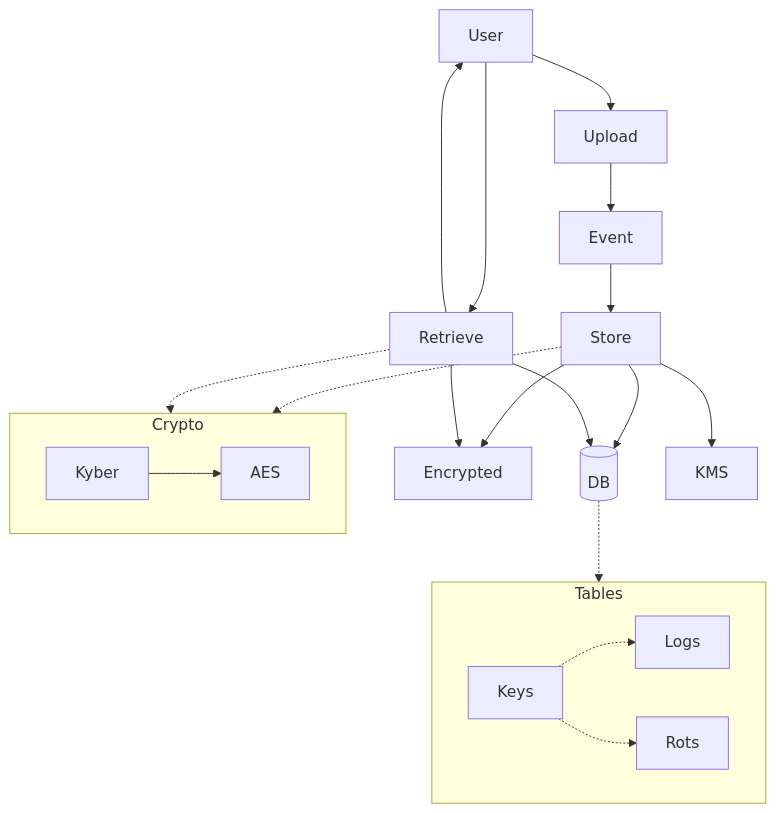
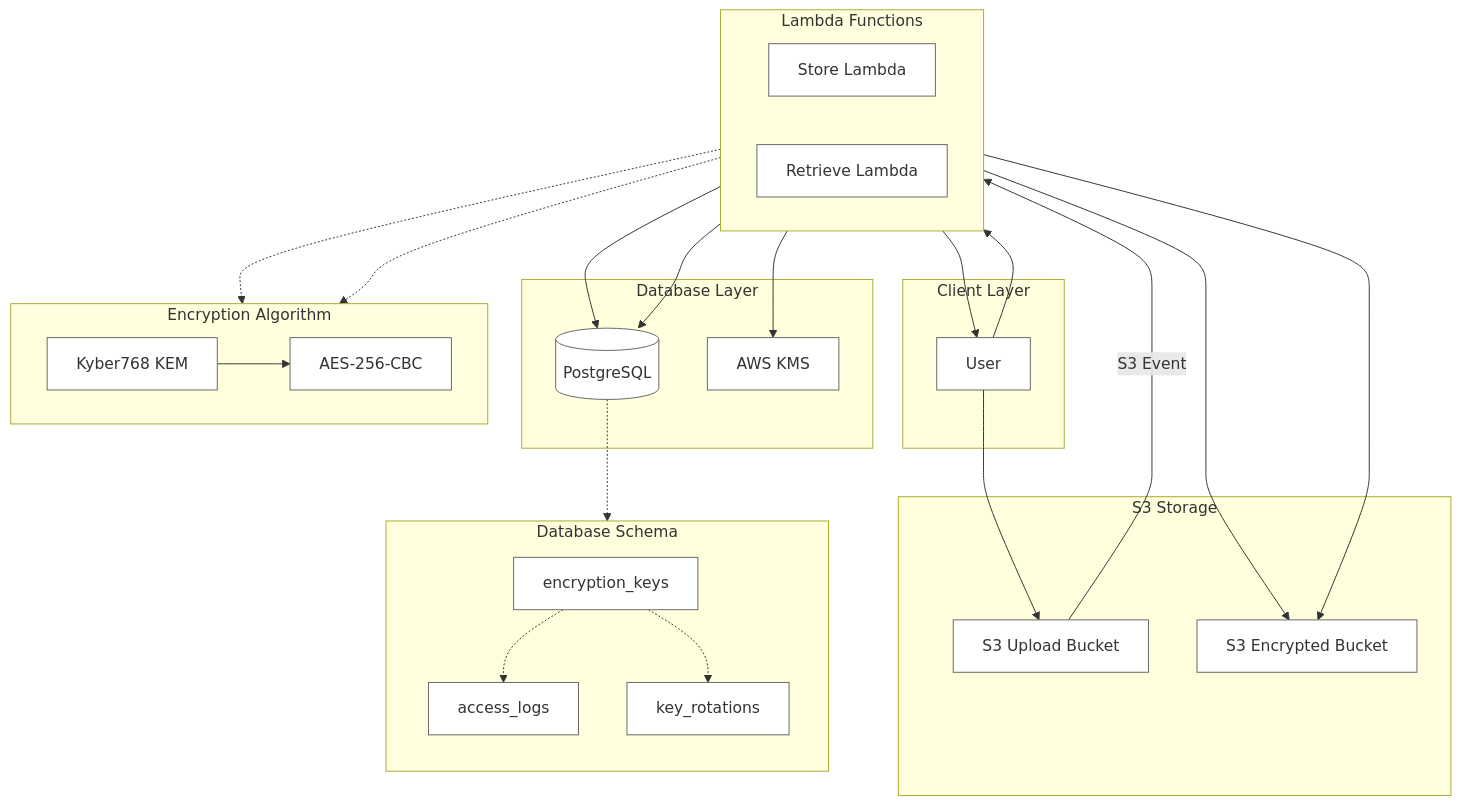
The diagram in README.md (m1rl0k/pqfile), drawn with Mermaid before and after one commit.

````diff
--- a/README.md
+++ b/README.md
@@ -17,41 +17,67 @@
 ```mermaid
-graph TB
-    User[User]
-    Upload[Upload]
-    Encrypted[Encrypted]
-    Store[Store]
-    Retrieve[Retrieve]
-    DB[(DB)]
-    KMS[KMS]
-    Event[Event]
-
-    User --> Upload
-    User --> Retrieve
-    Upload --> Event
-    Event --> Store
-    Store --> DB
-    Store --> KMS
-    Store --> Encrypted
-    Retrieve --> DB
-    Retrieve --> Encrypted
-    Retrieve --> User
-
-    subgraph Crypto [Crypto]
-        Kyber[Kyber]
-        AES[AES]
-        Kyber --> AES
+flowchart TB
+    subgraph Client["Client Layer"]
+        User[User]
     end
 
-    Store -.-> Crypto
-    Retrieve -.-> Crypto
-
-    subgraph Tables [Tables]
-        Keys[Keys]
-        Logs[Logs]
-        Rots[Rots]
-        Keys -.-> Logs
-        Keys -.-> Rots
+    subgraph Storage["S3 Storage"]
+        S3Upload[S3 Upload Bucket]
+        S3Encrypted[S3 Encrypted Bucket]
     end
 
-    DB -.-> Tables
+    subgraph Processing["Lambda Functions"]
+        direction LR
+        StoreLambda[Store Lambda]
+        RetrieveLambda[Retrieve Lambda]
+    end
+
+    subgraph Database["Database Layer"]
+        PostgreSQL[(PostgreSQL)]
+        KMS[AWS KMS]
+    end
+
+    subgraph Algorithm["Encryption Algorithm"]
+        direction LR
+        Kyber[Kyber768 KEM]
+        AES[AES-256-CBC]
+    end
+
+    subgraph Schema["Database Schema"]
+        direction TB
+        EncKeys[encryption_keys]
+        AccessLogs[access_logs]
+        KeyRotations[key_rotations]
+    end
+
+    User-->S3Upload
+    User-->RetrieveLambda
+    S3Upload-->|S3 Event|StoreLambda
+    StoreLambda-->PostgreSQL
+    StoreLambda-->KMS
+    StoreLambda-->S3Encrypted
+    RetrieveLambda-->PostgreSQL
+    RetrieveLambda-->S3Encrypted
+    RetrieveLambda-->User
+
+    StoreLambda-.->Algorithm
+    RetrieveLambda-.->Algorithm
+    Kyber-->AES
+
+    PostgreSQL-.->Schema
+    EncKeys-.->AccessLogs
+    EncKeys-.->KeyRotations
+
+    classDef client fill:#fff,stroke:#666,stroke-width:1px
+    classDef storage fill:#fff,stroke:#666,stroke-width:1px
+    classDef processing fill:#fff,stroke:#666,stroke-width:1px
+    classDef database fill:#fff,stroke:#666,stroke-width:1px
+    classDef algorithm fill:#fff,stroke:#666,stroke-width:1px
+    classDef schema fill:#fff,stroke:#666,stroke-width:1px
+
+    class User client
+    class S3Upload,S3Encrypted storage
+    class StoreLambda,RetrieveLambda processing
+    class PostgreSQL,KMS database
+    class Kyber,AES algorithm
+    class EncKeys,AccessLogs,KeyRotations schema
 ```
````
